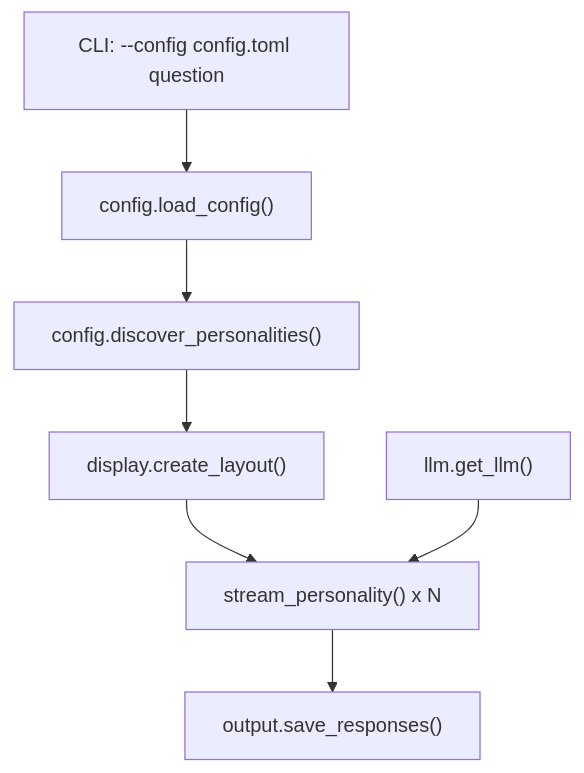
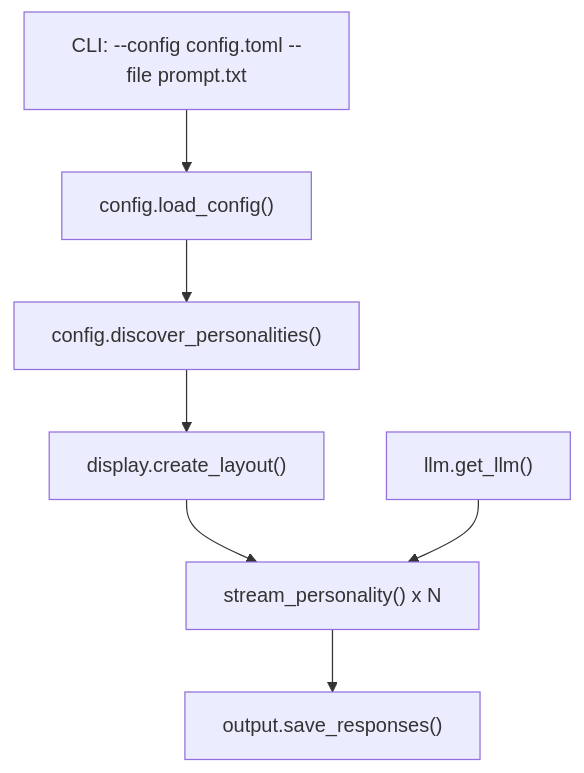
The diagram in evaluations/llm-orchestration-toolchains/langchain/README.md (machinedge/prizms-oss), drawn with Mermaid before and after one commit. The commit also changed other lines of this file and 1 other file, not shown here.

Commit message:
Enhance README and main.py to support question input from a file. Update command-line arguments to allow specifying a question via a .txt or .md file, improving usability and flexibility.

````diff
--- a/evaluations/llm-orchestration-toolchains/langchain/README.md
+++ b/evaluations/llm-orchestration-toolchains/langchain/README.md
@@ -24,17 +24,17 @@
 ```mermaid
 flowchart TD
-    CLI["CLI: --config config.toml question"]
+    CLI["CLI: --config config.toml --file prompt.txt"]
     LoadConfig["config.load_config()"]
     Discover["config.discover_personalities()"]
     CreateLayout["display.create_layout()"]
     GetLLM["llm.get_llm()"]
     Stream["stream_personality() x N"]
     Save["output.save_responses()"]
     
     CLI --> LoadConfig
     LoadConfig --> Discover
     Discover --> CreateLayout
     CreateLayout --> Stream
     GetLLM --> Stream
     Stream --> Save
 ```
````
